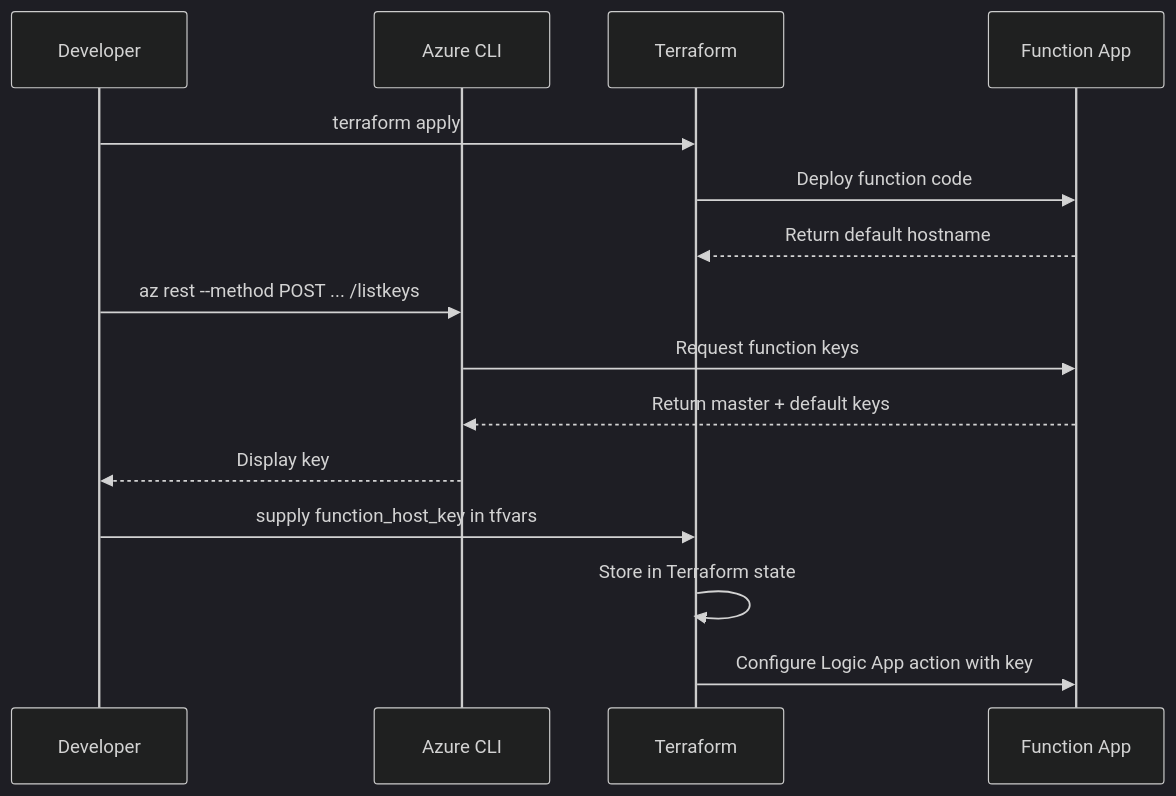
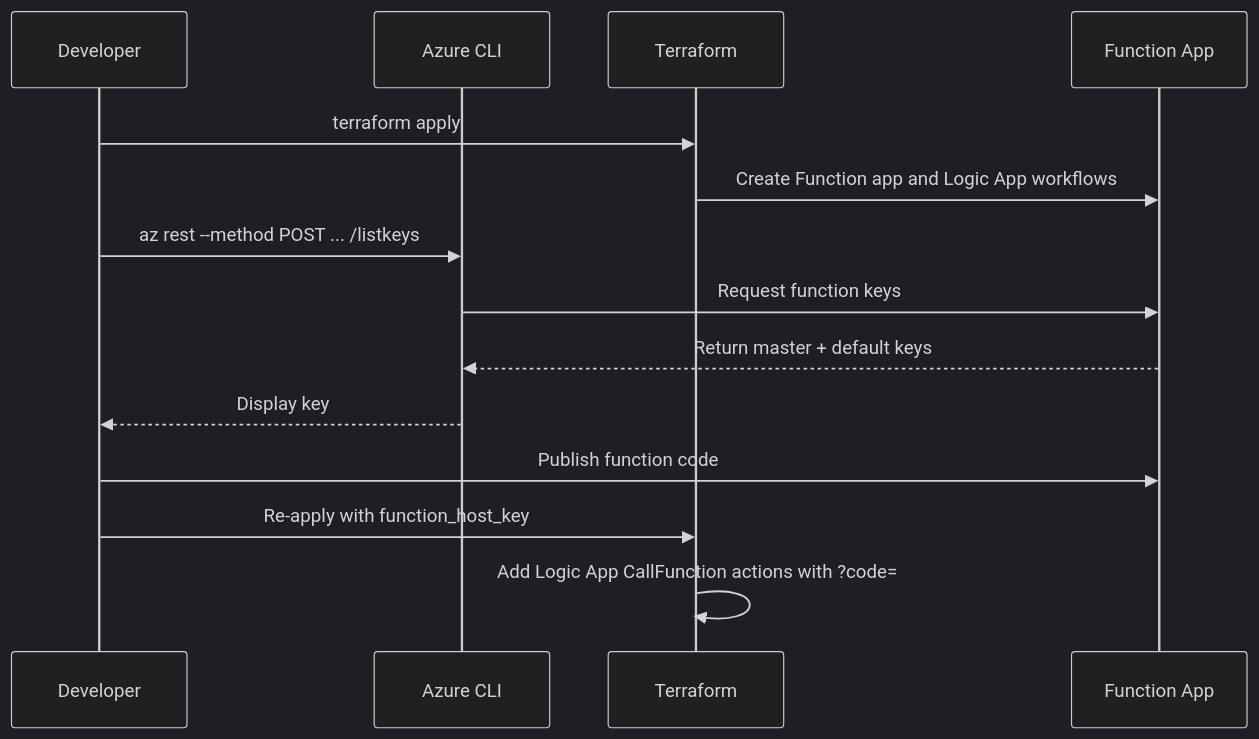
One commit to ran130987wan/logicapp-func-private-net changed the fifth of 11 diagrams in docs/ONBOARDING-NEW-CONTRIBUTOR.md. Above: the diagram before and after it, drawn with Mermaid (dark theme). The commit also changed other lines of this file and 6 other files, not shown here.

````diff
--- a/docs/ONBOARDING-NEW-CONTRIBUTOR.md
+++ b/docs/ONBOARDING-NEW-CONTRIBUTOR.md
@@ -196,20 +195,19 @@
 ```mermaid
 sequenceDiagram
     participant Dev as Developer
     participant Az as Azure CLI
     participant TF as Terraform
     participant Func as Function App
     
     Dev->>TF: terraform apply
-    TF->>Func: Deploy function code
-    Func-->>TF: Return default hostname
+    TF->>Func: Create Function app and Logic App workflows
     
     Dev->>Az: az rest --method POST ... /listkeys
     Az->>Func: Request function keys
     Func-->>Az: Return master + default keys
     Az-->>Dev: Display key
     
-    Dev->>TF: supply function_host_key in tfvars
-    TF->>TF: Store in Terraform state
-    TF->>Func: Configure Logic App action with key
+    Dev->>Func: Publish function code
+    Dev->>TF: Re-apply with function_host_key
+    TF->>TF: Add Logic App CallFunction actions with ?code=
 ```
````
